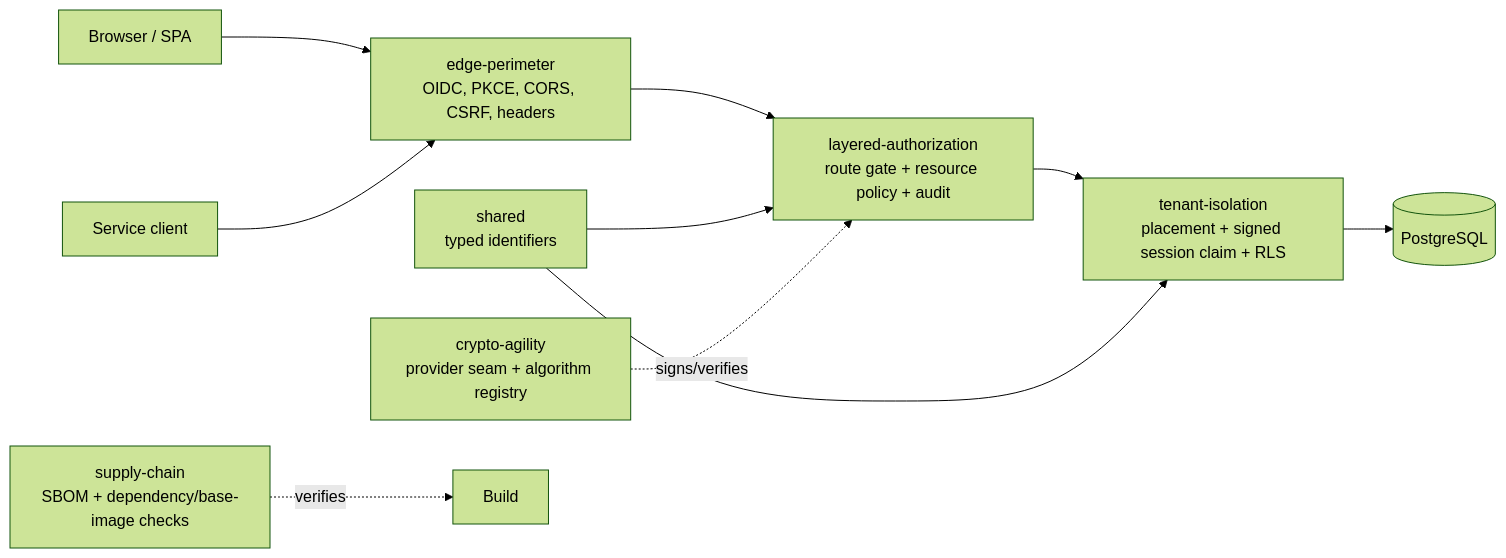
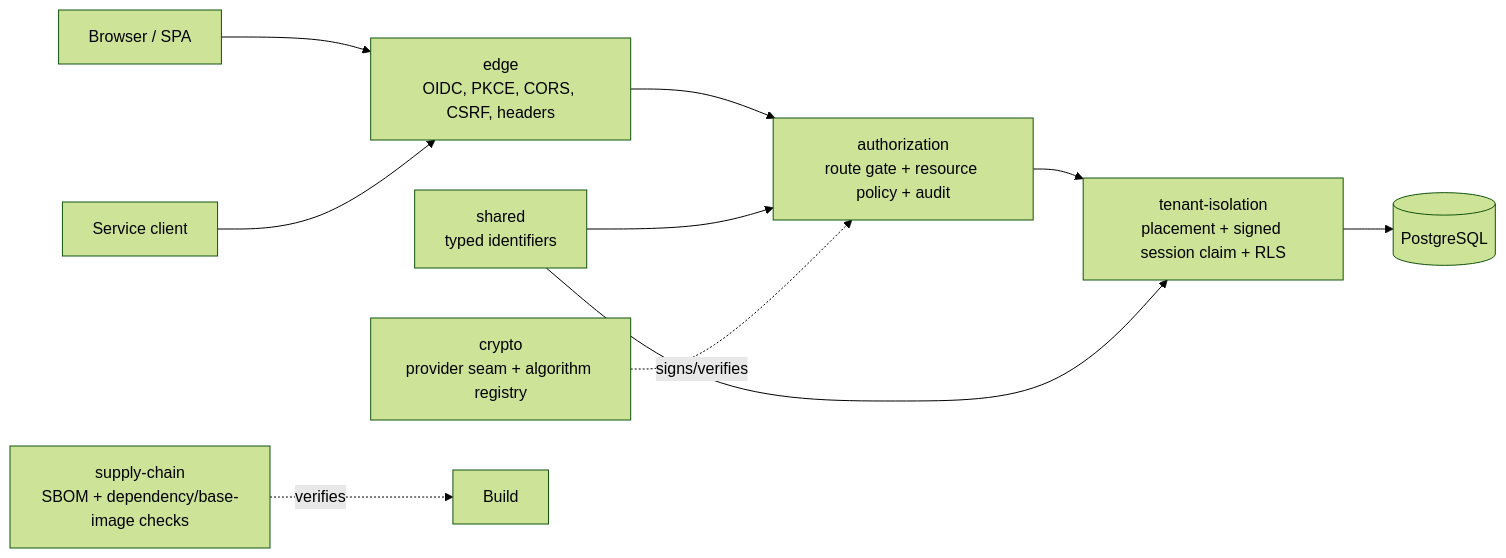
One commit to joshuamatosdev/java-security-toolkit changed the diagram in README.md. Above: the diagram before and after it, drawn with Mermaid (forest theme). The commit also changed other lines of this file and 246 other files, not shown here.

First line of the commit message:
rename modules to plain names: crypto, authorization, edge

````diff
--- a/README.md
+++ b/README.md
@@ -59,12 +59,12 @@
 ```mermaid
 flowchart LR
-    Browser["Browser / SPA"] --> Edge["edge-perimeter<br/>OIDC, PKCE, CORS, CSRF, headers"]
+    Browser["Browser / SPA"] --> Edge["edge<br/>OIDC, PKCE, CORS, CSRF, headers"]
     Service["Service client"] --> Edge
-    Edge --> Authz["layered-authorization<br/>route gate + resource policy + audit"]
+    Edge --> Authz["authorization<br/>route gate + resource policy + audit"]
     Authz --> Tenant["tenant-isolation<br/>placement + signed session claim + RLS"]
     Tenant --> Postgres[("PostgreSQL")]
     Shared["shared<br/>typed identifiers"] --> Authz
     Shared --> Tenant
-    Crypto["crypto-agility<br/>provider seam + algorithm registry"] -. signs/verifies .-> Authz
+    Crypto["crypto<br/>provider seam + algorithm registry"] -. signs/verifies .-> Authz
     Supply["supply-chain<br/>SBOM + dependency/base-image checks"] -. verifies .-> Build["Build"]
 ```
````
